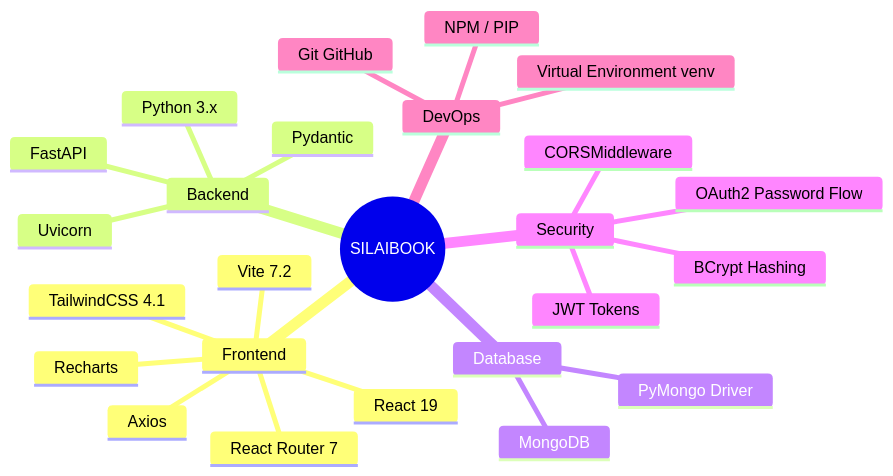
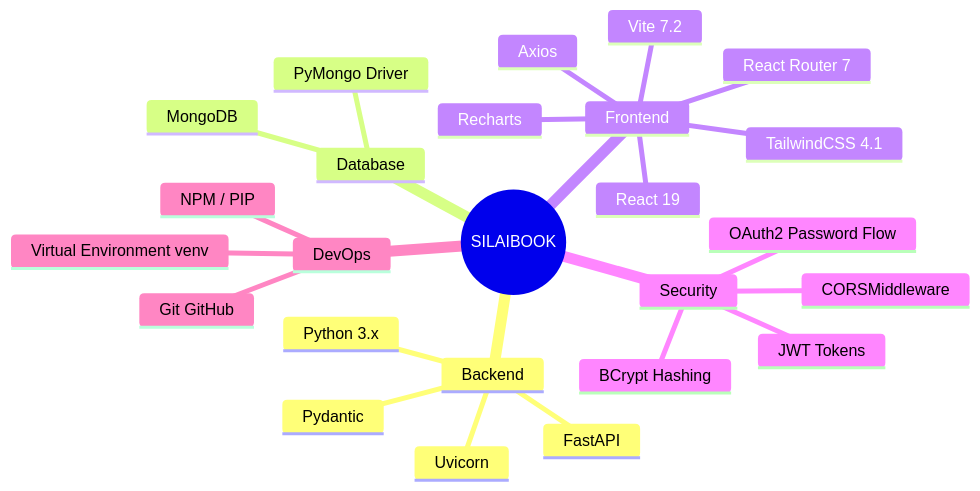
One commit to ShantanuV2709/SilaiBook changed the eighth of 11 diagrams in project_workflow.md. Above: the diagram before and after it, drawn with Mermaid. The commit also changed other lines of this file and 1 other file, not shown here.

````diff
--- a/project_workflow.md
+++ b/project_workflow.md
@@ -280,28 +280,28 @@
 ```mermaid
 mindmap
   root((SILAIBOOK))
-    Frontend
-      React 19
-      Vite 7.2
-      TailwindCSS 4.1
-      React Router 7
-      Recharts
-      Axios
     Backend
       FastAPI
       Python 3.x
       Uvicorn
       Pydantic
     Database
       MongoDB
       PyMongo Driver
+    Frontend
+      React 19
+      Vite 7.2
+      TailwindCSS 4.1
+      React Router 7
+      Recharts
+      Axios
     Security
       OAuth2 Password Flow
       JWT Tokens
       BCrypt Hashing
       CORSMiddleware
     DevOps
       Git GitHub
       Virtual Environment venv
       NPM / PIP
 ```
````
